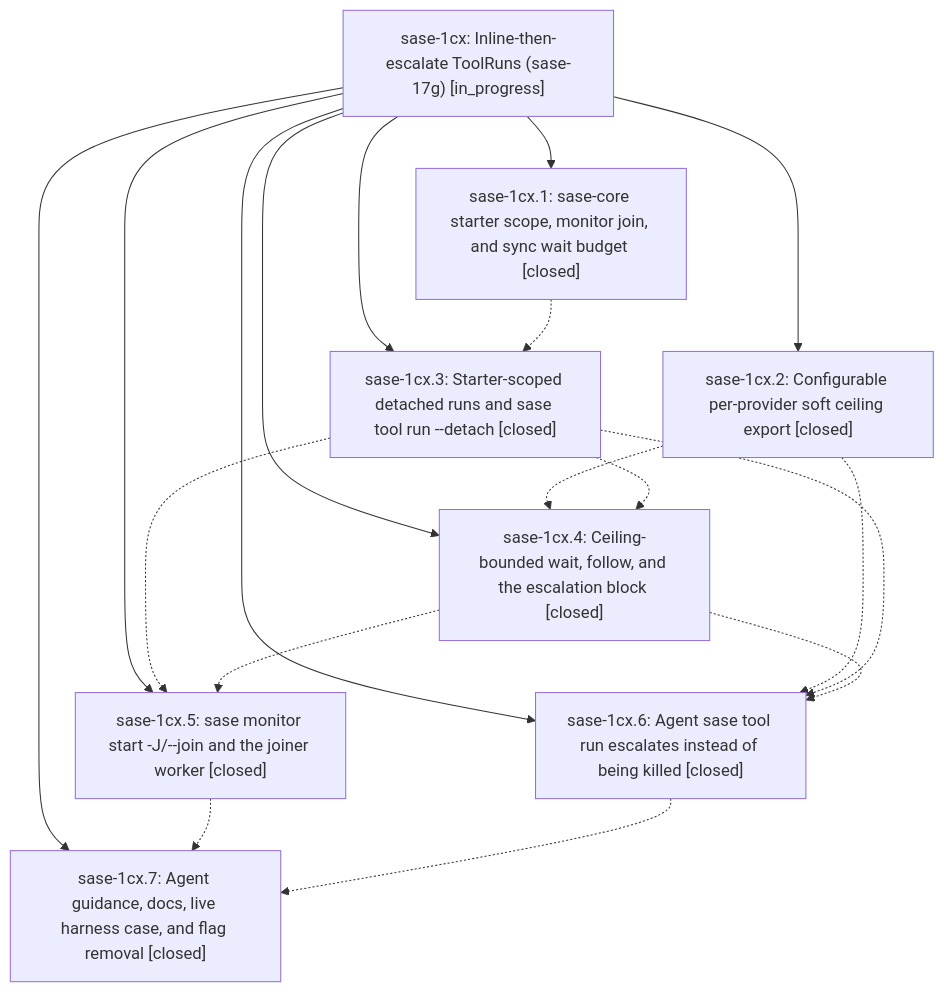
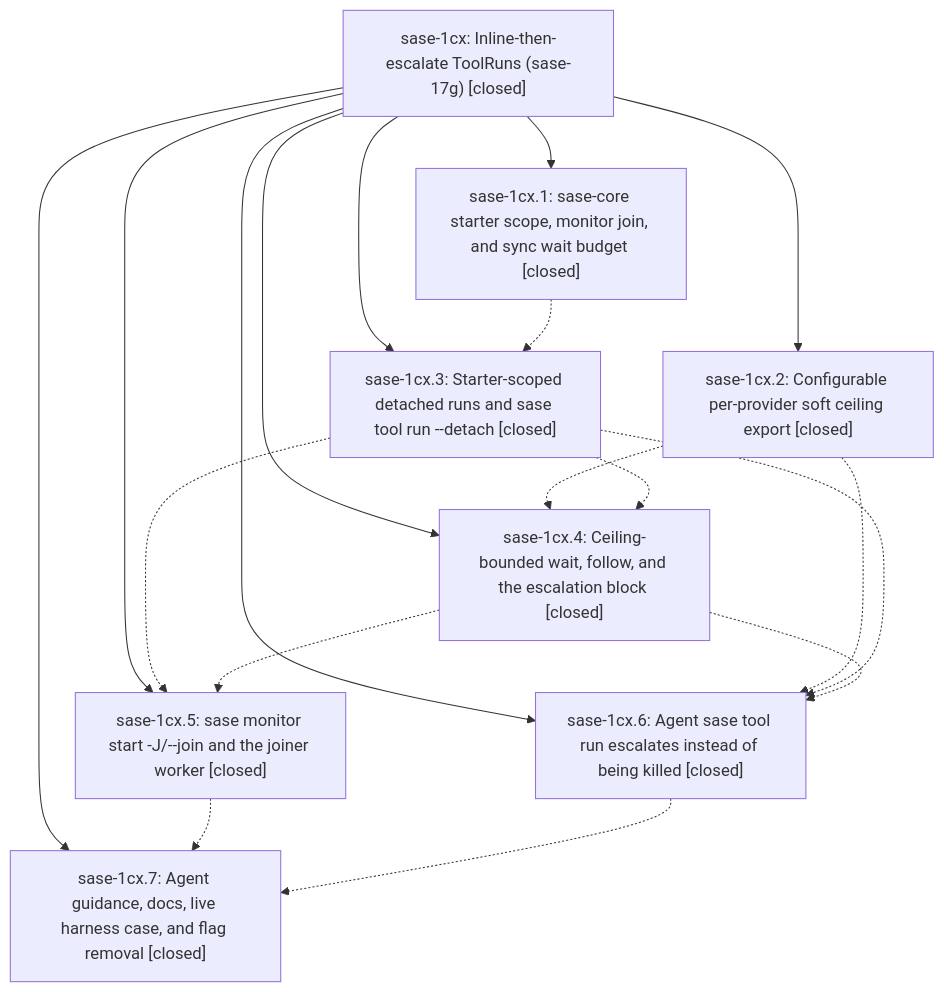
Before and after one commit to sase-org/sase--beads: the diagram in pages/sase-1cx/README.md, drawn with Mermaid. The commit also changed other lines of this file and 1 other file, not shown here.

First line of the commit message:
chore(beads): sync bead state and pages for sase-1cx

````diff
--- a/pages/sase-1cx/README.md
+++ b/pages/sase-1cx/README.md
@@ -46,28 +92,28 @@
 ```mermaid
 flowchart TD
-    n0["sase-1cx: Inline-then-escalate ToolRuns (sase-17g) [in_progress]"]
+    n0["sase-1cx: Inline-then-escalate ToolRuns (sase-17g) [closed]"]
     n1["sase-1cx.1: sase-core starter scope, monitor join, and sync wait budget [closed]"]
     n2["sase-1cx.2: Configurable per-provider soft ceiling export [closed]"]
     n3["sase-1cx.3: Starter-scoped detached runs and sase tool run --detach [closed]"]
     n4["sase-1cx.4: Ceiling-bounded wait, follow, and the escalation block [closed]"]
     n5["sase-1cx.5: sase monitor start -J/--join and the joiner worker [closed]"]
     n6["sase-1cx.6: Agent sase tool run escalates instead of being killed [closed]"]
     n7["sase-1cx.7: Agent guidance, docs, live harness case, and flag removal [closed]"]
     n0 --> n1
     n0 --> n2
     n0 --> n3
     n0 --> n4
     n0 --> n5
     n0 --> n6
     n0 --> n7
     n1 -.-> n3
     n2 -.-> n4
     n2 -.-> n6
     n3 -.-> n4
     n3 -.-> n5
     n3 -.-> n6
     n4 -.-> n5
     n4 -.-> n6
     n5 -.-> n7
     n6 -.-> n7
 ```
````
